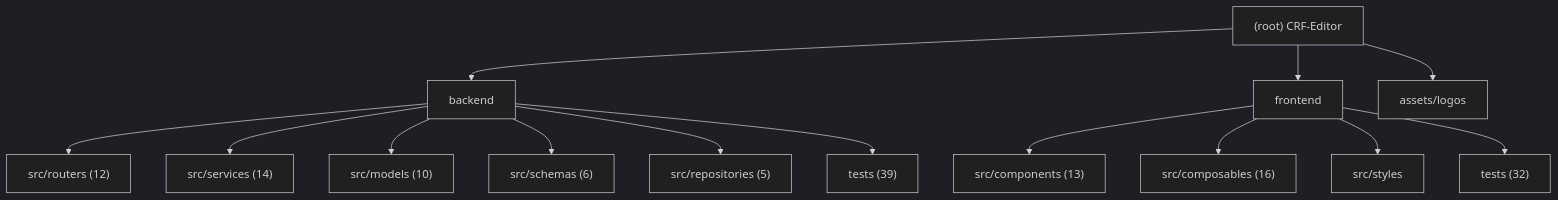
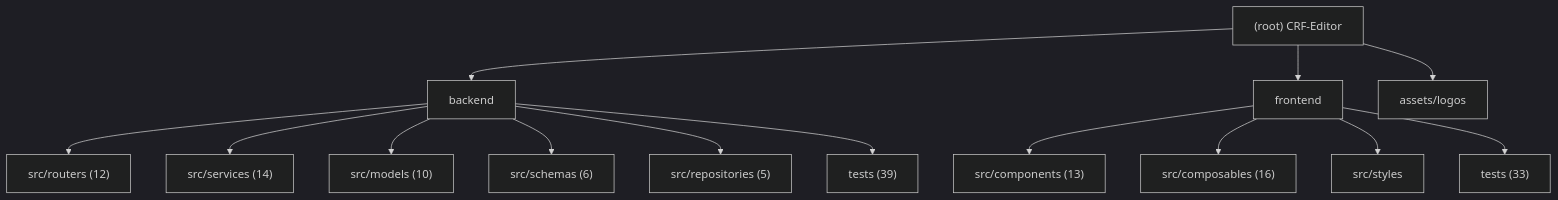
One commit to decade6666/CRF-Editor changed the diagram in .claude/CLAUDE.md. Above: the diagram before and after it, drawn with Mermaid (dark theme). The commit also changed other lines of this file and 6 other files, not shown here.

````diff
--- a/.claude/CLAUDE.md
+++ b/.claude/CLAUDE.md
@@ -15,19 +15,19 @@
 ```mermaid
 graph TD
     A["(root) CRF-Editor"] --> B["backend"];
     B --> B1["src/routers (12)"];
     B --> B2["src/services (14)"];
     B --> B3["src/models (10)"];
     B --> B4["src/schemas (6)"];
     B --> B5["src/repositories (5)"];
     B --> B6["tests (39)"];
     A --> C["frontend"];
     C --> C1["src/components (13)"];
     C --> C2["src/composables (16)"];
     C --> C3["src/styles"];
-    C --> C4["tests (32)"];
+    C --> C4["tests (33)"];
     A --> D["assets/logos"];
 
     click B "./backend/.claude/CLAUDE.md" "View backend module docs"
     click C "./frontend/.claude/CLAUDE.md" "View frontend module docs"
 ```
````
